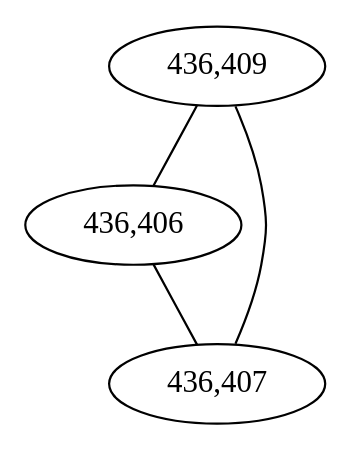
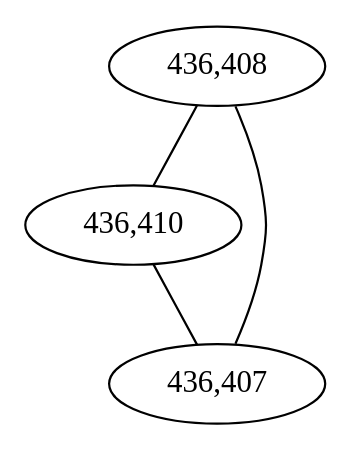
The diagram in notebooks/graphs/BACTEROIDALES_cc10.gv (fedarko/sheepgut), drawn with Graphviz before and after one commit. The commit also changed 60 other files, not shown here.

First line of the commit message:
1-index positions in nx graphs

```diff
--- a/notebooks/graphs/BACTEROIDALES_cc10.gv
+++ b/notebooks/graphs/BACTEROIDALES_cc10.gv
@@ -1,10 +1,10 @@
 graph BACTEROIDALES_cc10 {
 	overlap="prism50";
 	outputorder="edgesfirst";
-	"436,409" [style="filled", fillcolor="#ffffff", fontcolor="#000000"];
-	"436,406" [style="filled", fillcolor="#ffffff", fontcolor="#000000"];
+	"436,408" [style="filled", fillcolor="#ffffff", fontcolor="#000000"];
+	"436,410" [style="filled", fillcolor="#ffffff", fontcolor="#000000"];
 	"436,407" [style="filled", fillcolor="#ffffff", fontcolor="#000000"];
-	"436,409" -- "436,406";
-	"436,409" -- "436,407";
-	"436,406" -- "436,407";
+	"436,408" -- "436,407";
+	"436,408" -- "436,410";
+	"436,410" -- "436,407";
 }
```
